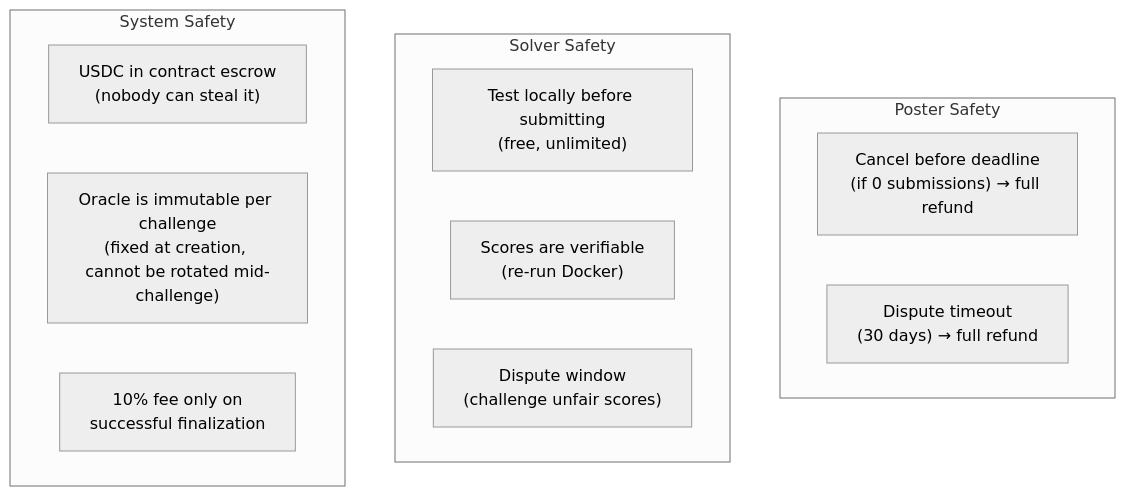
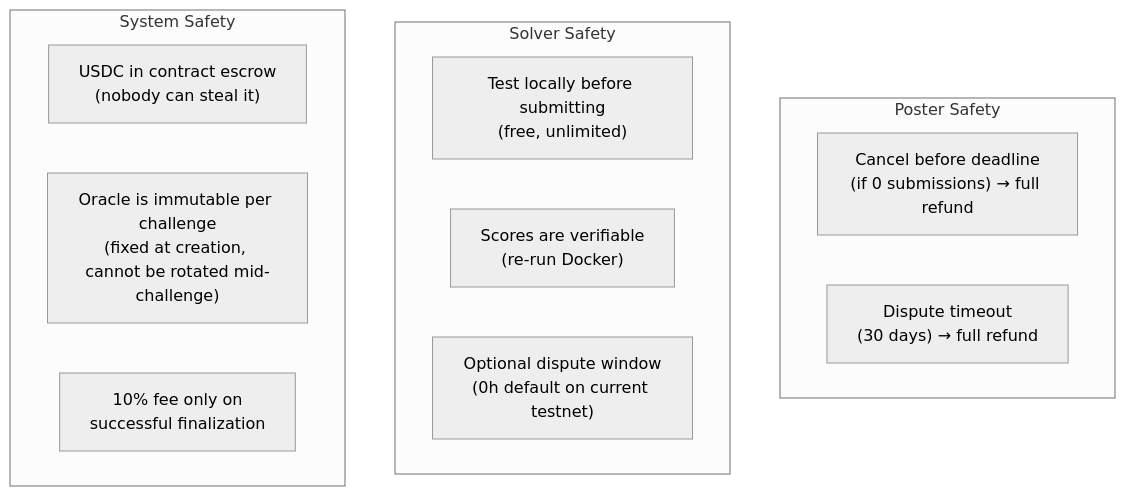
The ninth of 10 diagrams in docs/product.md (andymolecule/Hermes), drawn with Mermaid (neutral theme) before and after one commit. The commit also changed other lines of this file and 23 other files, not shown here.

Commit message:
testnet: default challenges to zero-hour dispute windows

````diff
--- a/docs/product.md
+++ b/docs/product.md
@@ -176,17 +176,17 @@
 ```mermaid
 flowchart TB
     subgraph Poster["Poster Safety"]
         PS1["Cancel before deadline<br/>(if 0 submissions) → full refund"]
         PS2["Dispute timeout<br/>(30 days) → full refund"]
     end
     subgraph Solver["Solver Safety"]
         SS1["Test locally before submitting<br/>(free, unlimited)"]
         SS2["Scores are verifiable<br/>(re-run Docker)"]
-        SS3["Dispute window<br/>(challenge unfair scores)"]
+        SS3["Optional dispute window<br/>(0h default on current testnet)"]
     end
     subgraph System["System Safety"]
         SY1["USDC in contract escrow<br/>(nobody can steal it)"]
         SY2["Oracle is immutable per challenge<br/>(fixed at creation, cannot be rotated mid-challenge)"]
         SY3["10% fee only on<br/>successful finalization"]
     end
 ```
````
